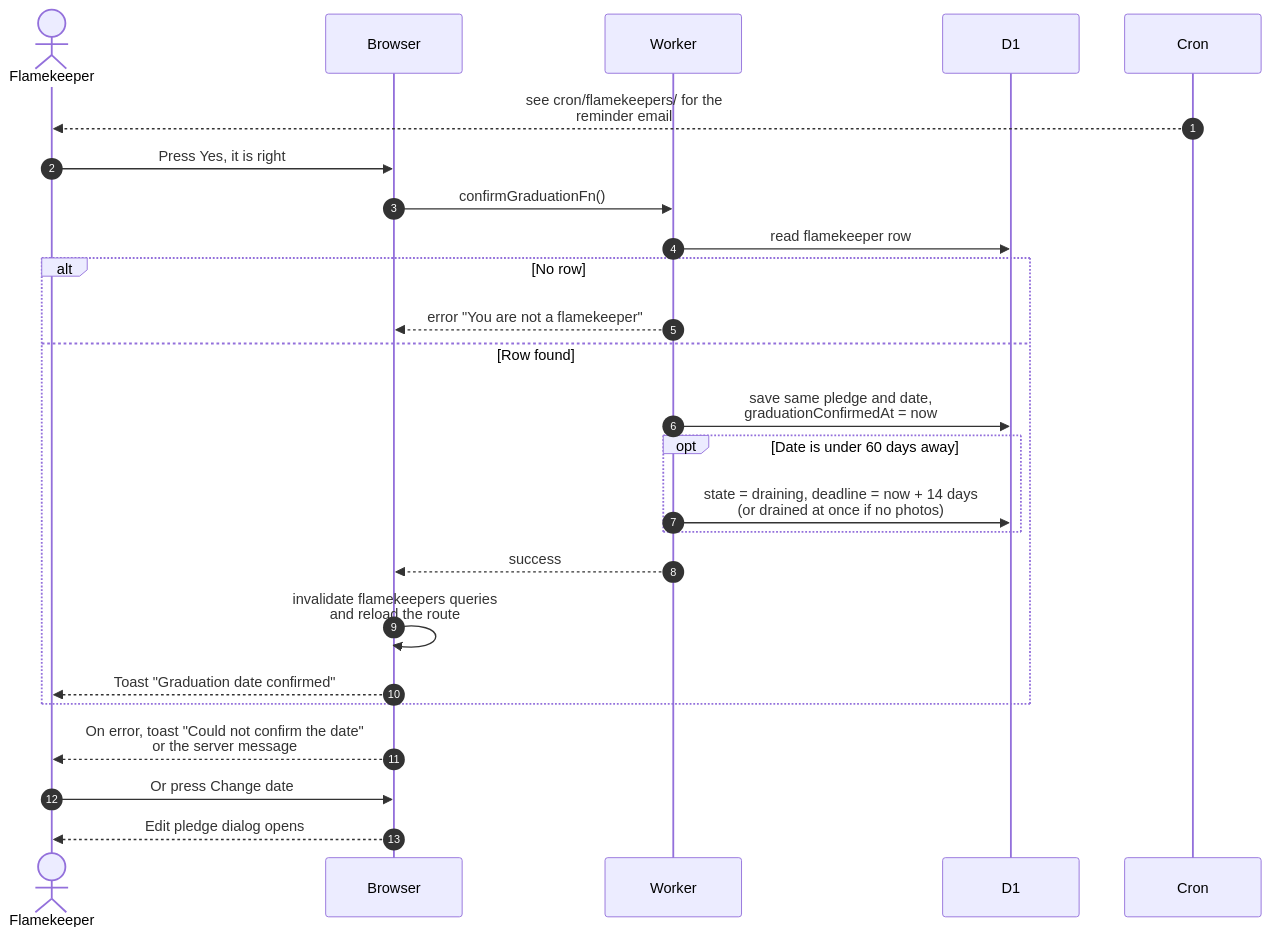
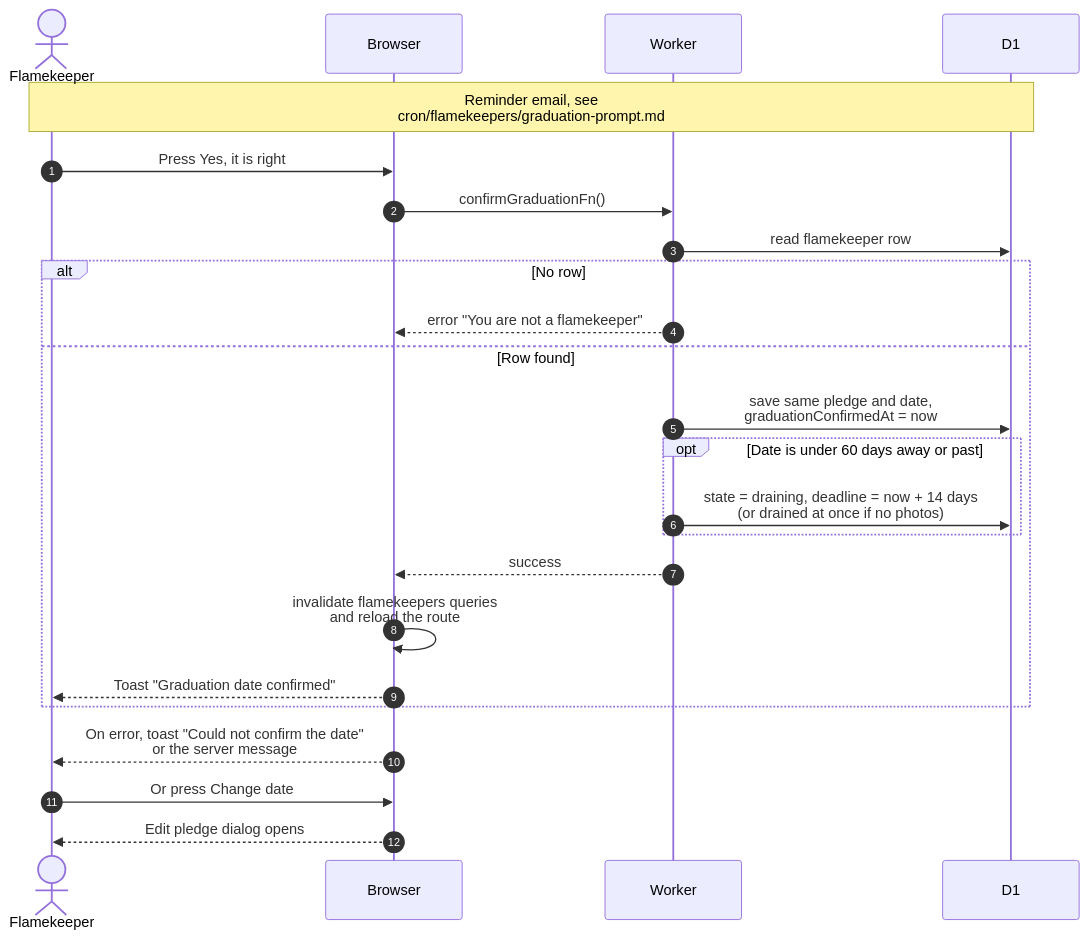
The diagram in docs/scenarios/flamekeepers/confirm-graduation.md (sagyzdop/meriksirat), drawn with Mermaid before and after one commit. The commit also changed other lines of this file and 12 other files, not shown here.

Commit message:
docs(scenarios): verify flamekeepers diagrams against the code

````diff
--- a/docs/scenarios/flamekeepers/confirm-graduation.md
+++ b/docs/scenarios/flamekeepers/confirm-graduation.md
@@ -20,27 +20,26 @@
 ```mermaid
 sequenceDiagram
     autonumber
     actor F as Flamekeeper
     participant Browser
     participant Worker
     participant D1
-    participant Cron
-    Cron-->>F: see cron/flamekeepers/ for the<br/>reminder email
+    Note over F,D1: Reminder email, see<br/>cron/flamekeepers/graduation-prompt.md
     F->>Browser: Press Yes, it is right
     Browser->>Worker: confirmGraduationFn()
     Worker->>D1: read flamekeeper row
     alt No row
         Worker-->>Browser: error "You are not a flamekeeper"
     else Row found
         Worker->>D1: save same pledge and date,<br/>graduationConfirmedAt = now
-        opt Date is under 60 days away
+        opt Date is under 60 days away or past
             Worker->>D1: state = draining, deadline = now + 14 days<br/>(or drained at once if no photos)
         end
         Worker-->>Browser: success
         Browser->>Browser: invalidate flamekeepers queries<br/>and reload the route
         Browser-->>F: Toast "Graduation date confirmed"
     end
     Browser-->>F: On error, toast "Could not confirm the date"<br/>or the server message
     F->>Browser: Or press Change date
     Browser-->>F: Edit pledge dialog opens
 ```
````
